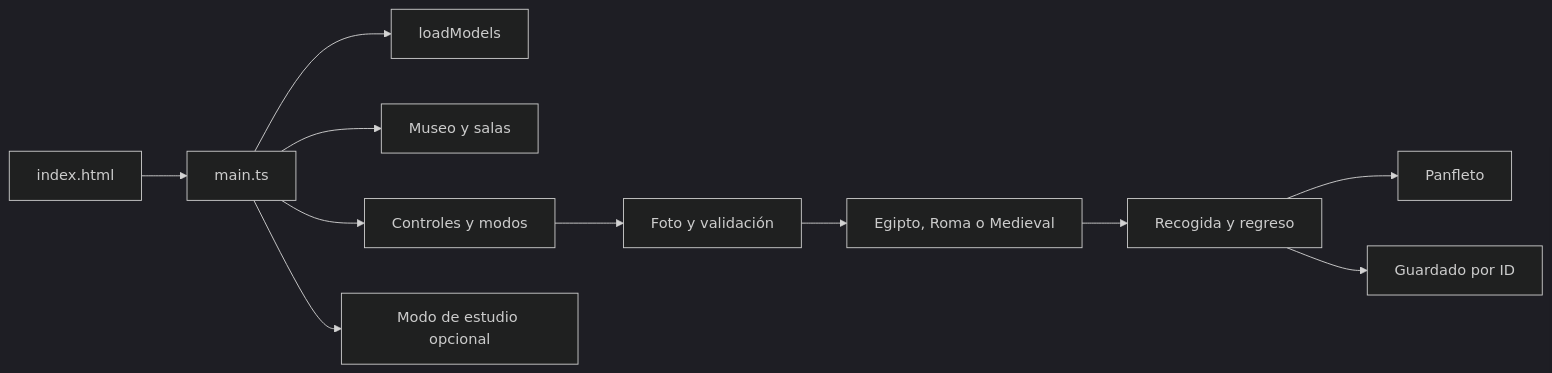
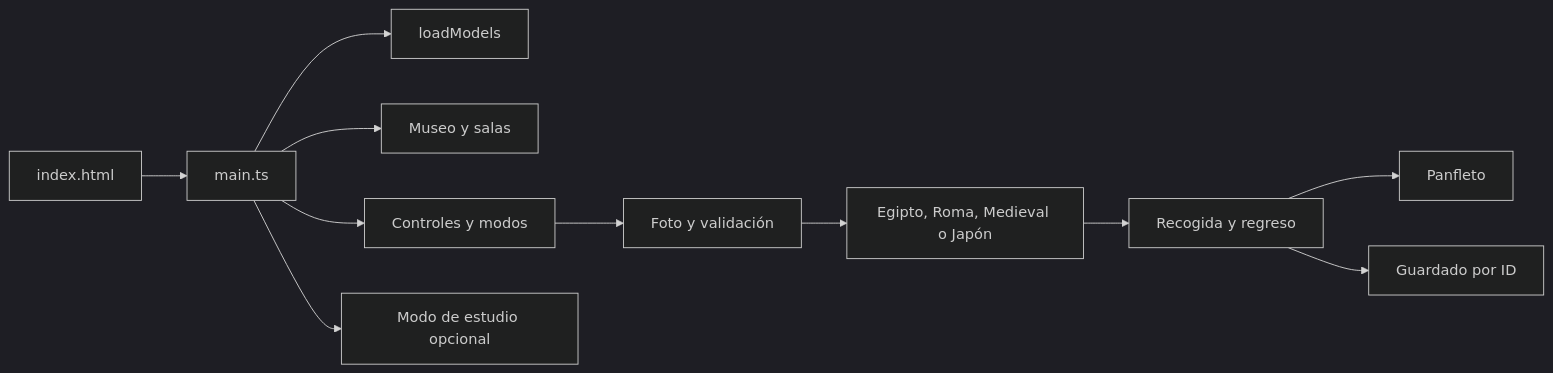
The diagram in docs/CODEMAP.md (MatiArgu/CDEV-TPI-Grupo03), drawn with Mermaid (dark theme) before and after one commit. The commit also changed other lines of this file and 32 other files, not shown here.

````diff
--- a/docs/CODEMAP.md
+++ b/docs/CODEMAP.md
@@ -48,13 +49,13 @@
 ```mermaid
 flowchart LR
   HTML[index.html] --> Main[main.ts]
   Main --> Assets[loadModels]
   Main --> Museum[Museo y salas]
   Main --> Player[Controles y modos]
   Player --> Photo[Foto y validación]
-  Photo --> World[Egipto, Roma o Medieval]
+  Photo --> World[Egipto, Roma, Medieval o Japón]
   World --> Return[Recogida y regreso]
   Return --> Paper[Panfleto]
   Return --> Save[Guardado por ID]
   Main --> Study[Modo de estudio opcional]
 ```
````
